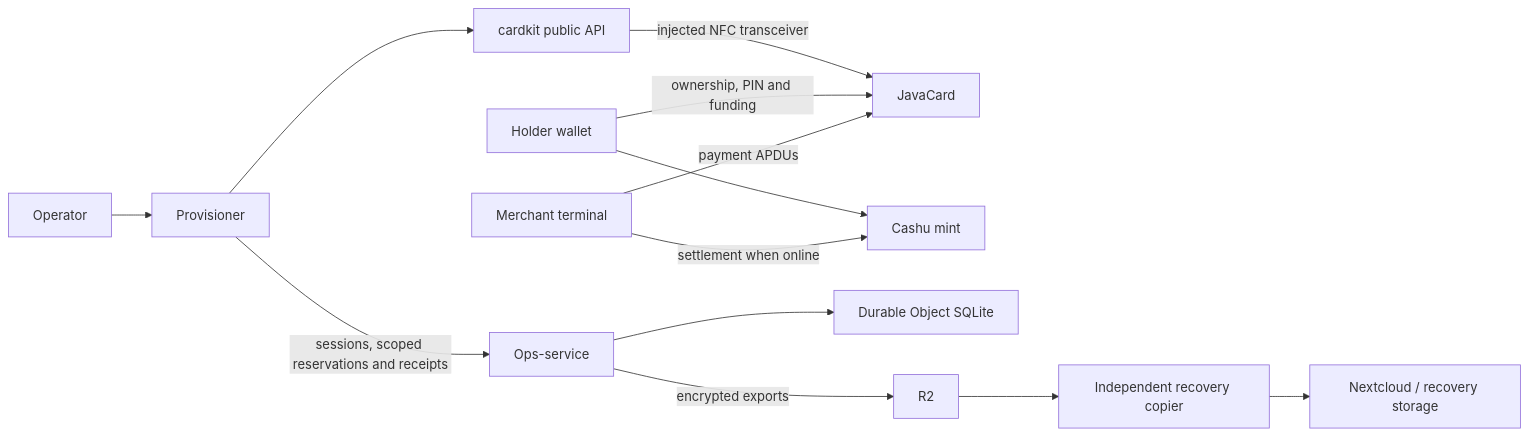
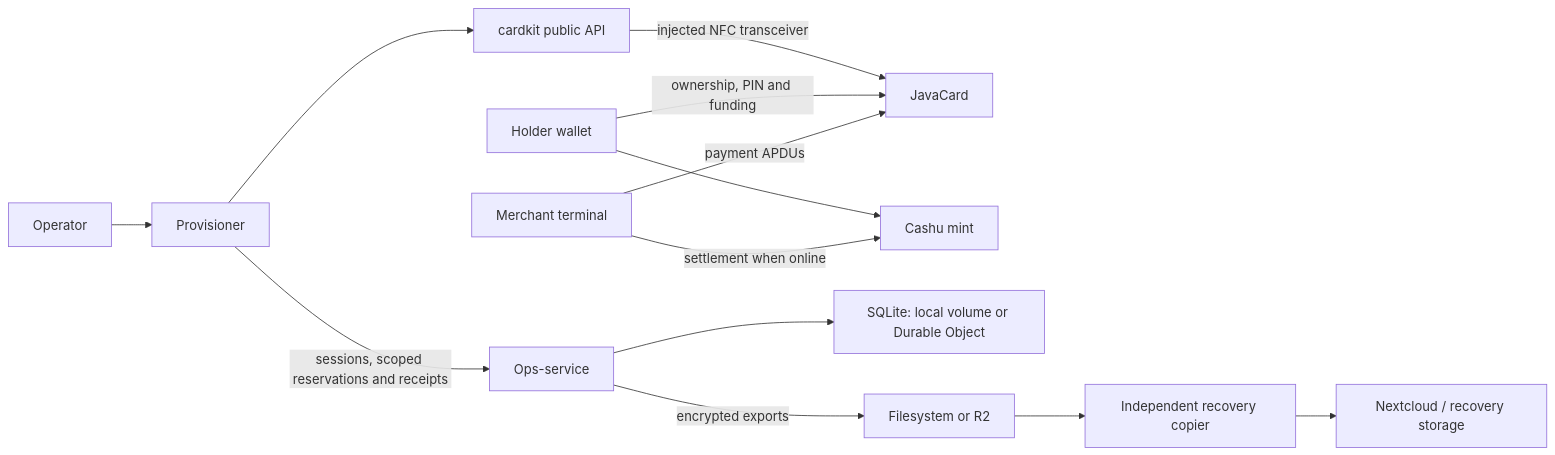
The diagram in docs/ARCHITECTURE.md (cashucard/cashucard), drawn with Mermaid before and after one commit. The commit also changed other lines of this file and 24 other files, not shown here.

````diff
--- a/docs/ARCHITECTURE.md
+++ b/docs/ARCHITECTURE.md
@@ -32,15 +32,15 @@
 ```mermaid
 flowchart LR
   Operator[Operator] --> P[Provisioner]
   P -->|sessions, scoped reservations and receipts| O[Ops-service]
   P --> K[cardkit public API]
   K -->|injected NFC transceiver| C[JavaCard]
   W[Holder wallet] -->|ownership, PIN and funding| C
   T[Merchant terminal] -->|payment APDUs| C
   W --> M[Cashu mint]
   T -->|settlement when online| M
-  O --> D[Durable Object SQLite]
-  O -->|encrypted exports| R[R2]
+  O --> D[SQLite: local volume or Durable Object]
+  O -->|encrypted exports| R[Filesystem or R2]
   R --> B[Independent recovery copier]
   B --> N[Nextcloud / recovery storage]
 ```
````
